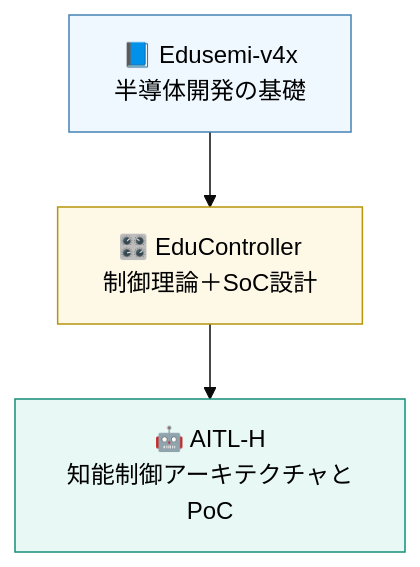
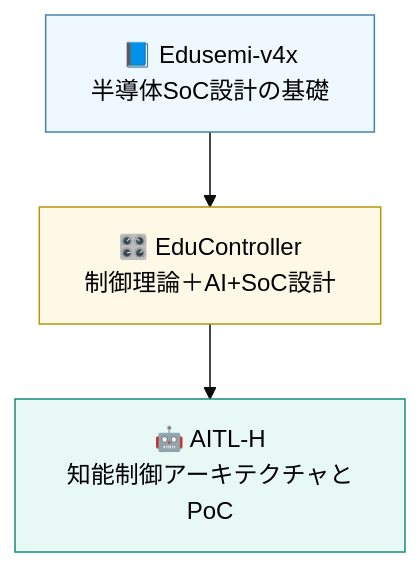
Before and after one commit to Samizo-AITL/Samizo-AITL.github.io: the diagram in index.md, drawn with Mermaid (base theme).

````diff
--- a/index.md
+++ b/index.md
@@ -47,8 +47,8 @@
 ```mermaid
 graph TD
-  A[📘 Edusemi-v4x<br>半導体開発の基礎] --> B[🎛️ EduController<br>制御理論＋SoC設計]
+  A[📘 Edusemi-v4x<br>半導体SoC設計の基礎] --> B[🎛️ EduController<br>制御理論＋AI+SoC設計]
   B --> C[🤖 AITL-H<br>知能制御アーキテクチャとPoC]
   style A fill:#f0f8ff,stroke:#4682b4,color:#000
   style B fill:#fef9e7,stroke:#b7950b,color:#000
   style C fill:#e8f8f5,stroke:#148f77,color:#000
 ```
````
